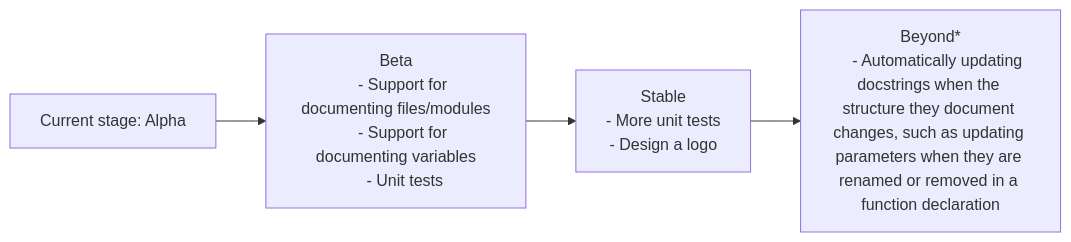
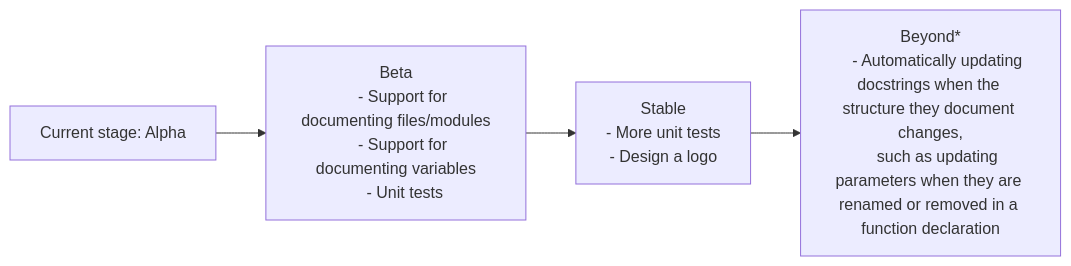
The diagram in README.md (jeangiraldoo/codedocs.nvim), drawn with Mermaid before and after one commit. The commit also changed other lines of this file, not shown here.

````diff
--- a/README.md
+++ b/README.md
@@ -665,14 +755,15 @@
 ```mermaid
 flowchart LR
     1[Current stage: Alpha]
     2[Beta
     - Support for documenting files/modules
     - Support for documenting variables
     - Unit tests]
     3[Stable
     - More unit tests
     - Design a logo]
     4[Beyond*
-    - Automatically updating docstrings when the structure they document changes, such as updating parameters when they are renamed or removed in a function declaration]
+    - Automatically updating docstrings when the structure they document changes,
+    such as updating parameters when they are renamed or removed in a function declaration]
     1 --> 2 --> 3 --> 4
 ```
````
